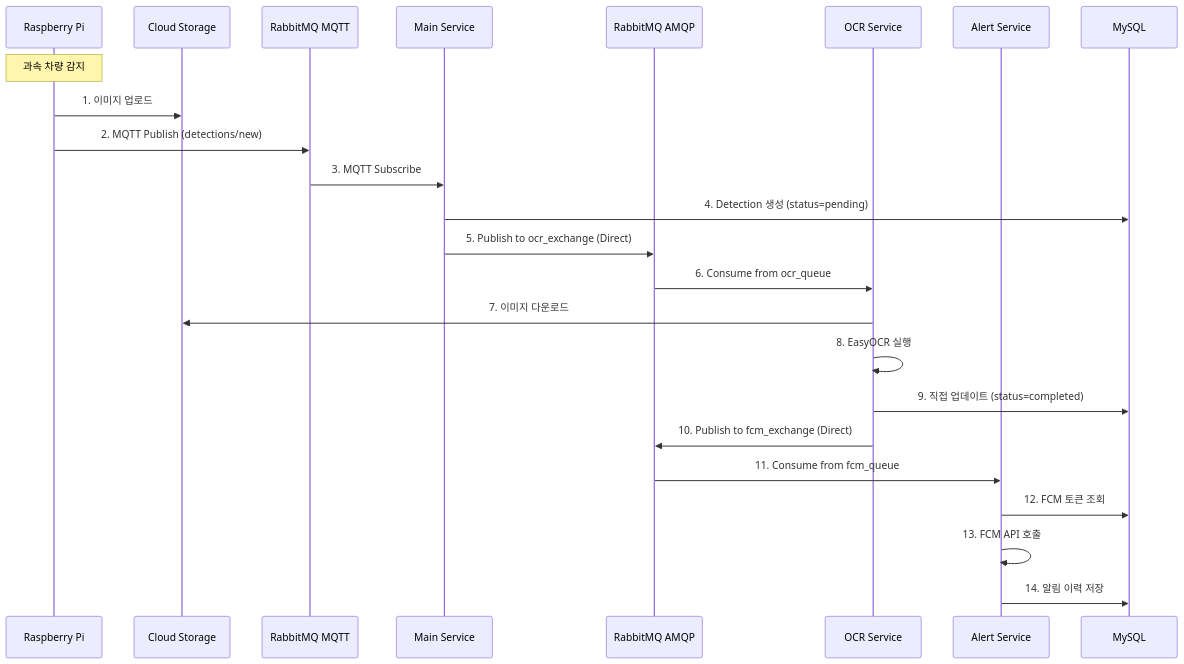
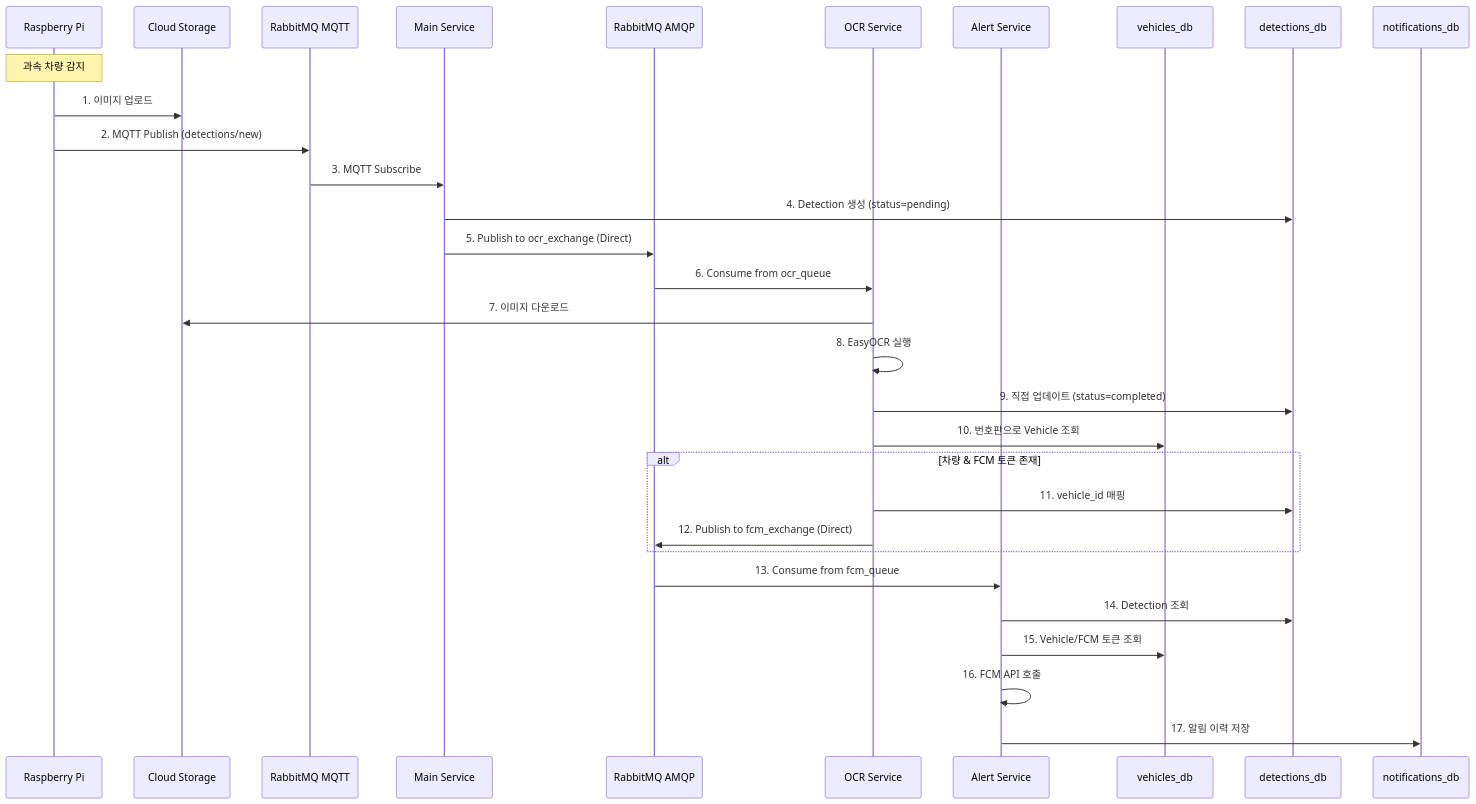
One commit to Qualcom-Capstone/backend changed the second of 4 diagrams in docs/PRD.md. Above: the diagram before and after it, drawn with Mermaid. The commit also changed other lines of this file, not shown here.

First line of the commit message:
Update PRD for MSA database separation architecture

````diff
--- a/docs/PRD.md
+++ b/docs/PRD.md
@@ -118,30 +117,37 @@
 ```mermaid
 sequenceDiagram
     participant Pi as Raspberry Pi
     participant GCS as Cloud Storage
     participant MQTT as RabbitMQ MQTT
     participant Django as Main Service
     participant AMQP as RabbitMQ AMQP
     participant OCR as OCR Service
     participant FCM as Alert Service
-    participant DB as MySQL
+    participant VDB as vehicles_db
+    participant DDB as detections_db
+    participant NDB as notifications_db
 
     Note over Pi: 과속 차량 감지
     Pi->>GCS: 1. 이미지 업로드
     Pi->>MQTT: 2. MQTT Publish (detections/new)
     
     MQTT->>Django: 3. MQTT Subscribe
-    Django->>DB: 4. Detection 생성 (status=pending)
+    Django->>DDB: 4. Detection 생성 (status=pending)
     Django->>AMQP: 5. Publish to ocr_exchange (Direct)
     
     AMQP->>OCR: 6. Consume from ocr_queue
     OCR->>GCS: 7. 이미지 다운로드
     OCR->>OCR: 8. EasyOCR 실행
-    OCR->>DB: 9. 직접 업데이트 (status=completed)
-    OCR->>AMQP: 10. Publish to fcm_exchange (Direct)
+    OCR->>DDB: 9. 직접 업데이트 (status=completed)
+    OCR->>VDB: 10. 번호판으로 Vehicle 조회
+    alt 차량 & FCM 토큰 존재
+        OCR->>DDB: 11. vehicle_id 매핑
+        OCR->>AMQP: 12. Publish to fcm_exchange (Direct)
+    end
     
-    AMQP->>FCM: 11. Consume from fcm_queue
-    FCM->>DB: 12. FCM 토큰 조회
-    FCM->>FCM: 13. FCM API 호출
-    FCM->>DB: 14. 알림 이력 저장
+    AMQP->>FCM: 13. Consume from fcm_queue
+    FCM->>DDB: 14. Detection 조회
+    FCM->>VDB: 15. Vehicle/FCM 토큰 조회
+    FCM->>FCM: 16. FCM API 호출
+    FCM->>NDB: 17. 알림 이력 저장
 ```
````
